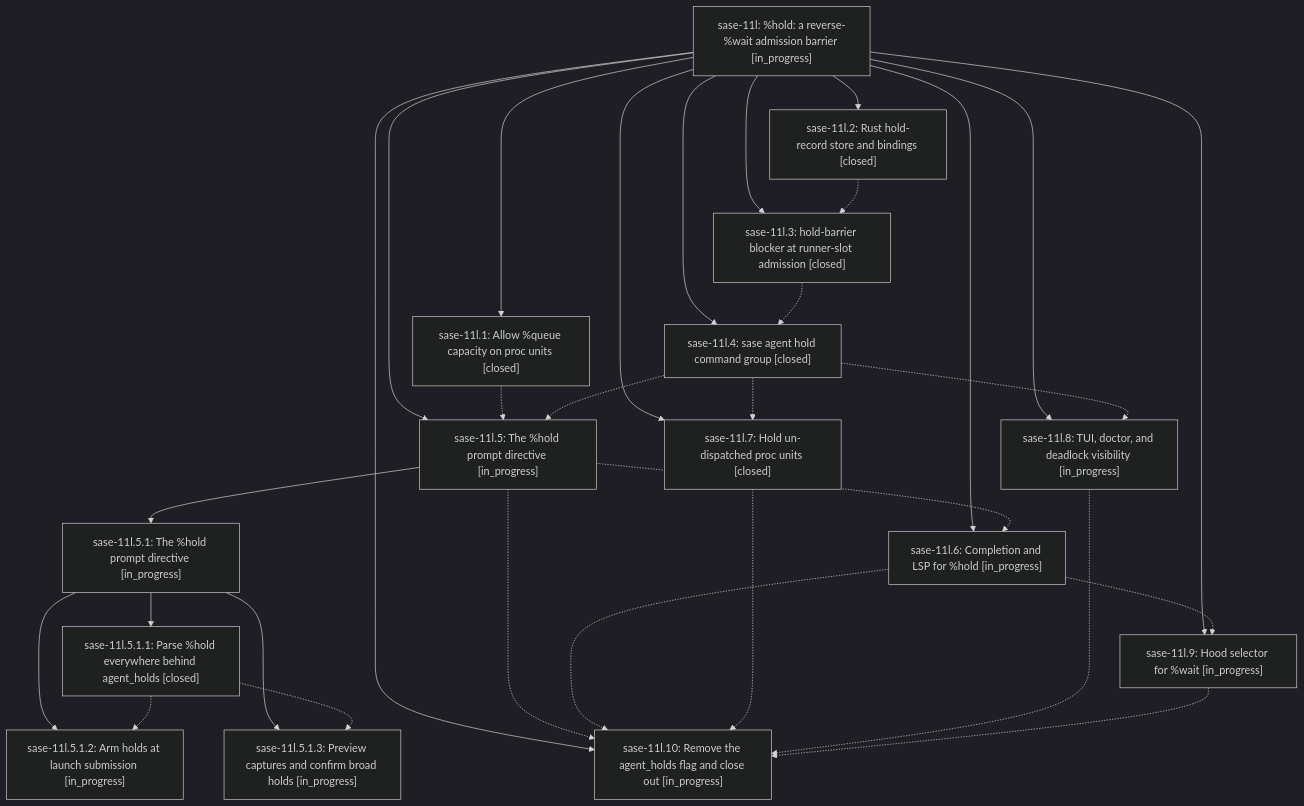
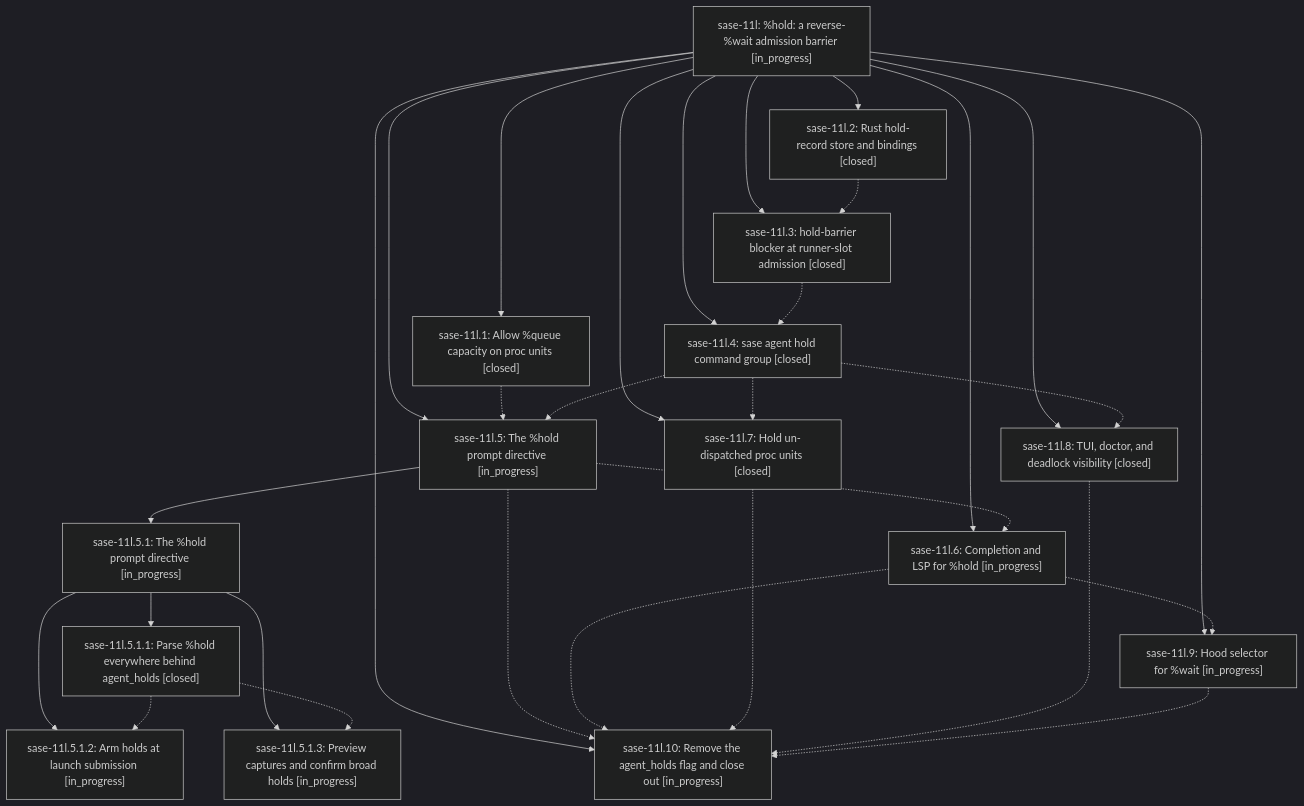
One commit to sase-org/sase--beads changed the diagram in pages/sase-11l/README.md. Above: the diagram before and after it, drawn with Mermaid (dark theme). The commit also changed other lines of this file and 3 other files, not shown here.

````diff
--- a/pages/sase-11l/README.md
+++ b/pages/sase-11l/README.md
@@ -43,47 +43,47 @@
 ```mermaid
 flowchart TD
     n0["sase-11l: %hold: a reverse-%wait admission barrier [in_progress]"]
     n1["sase-11l.1: Allow %queue capacity on proc units [closed]"]
     n2["sase-11l.10: Remove the agent_holds flag and close out [in_progress]"]
     n3["sase-11l.2: Rust hold-record store and bindings [closed]"]
     n4["sase-11l.3: hold-barrier blocker at runner-slot admission [closed]"]
     n5["sase-11l.4: sase agent hold command group [closed]"]
     n6["sase-11l.5: The %hold prompt directive [in_progress]"]
     n7["sase-11l.5.1: The %hold prompt directive [in_progress]"]
     n8["sase-11l.5.1.1: Parse %hold everywhere behind agent_holds [closed]"]
     n9["sase-11l.5.1.2: Arm holds at launch submission [in_progress]"]
     n10["sase-11l.5.1.3: Preview captures and confirm broad holds [in_progress]"]
     n11["sase-11l.6: Completion and LSP for %hold [in_progress]"]
     n12["sase-11l.7: Hold un-dispatched proc units [closed]"]
-    n13["sase-11l.8: TUI, doctor, and deadlock visibility [in_progress]"]
+    n13["sase-11l.8: TUI, doctor, and deadlock visibility [closed]"]
     n14["sase-11l.9: Hood selector for %wait [in_progress]"]
     n0 --> n1
     n0 --> n2
     n0 --> n3
     n0 --> n4
     n0 --> n5
     n0 --> n6
     n6 --> n7
     n7 --> n8
     n7 --> n9
     n7 --> n10
     n0 --> n11
     n0 --> n12
     n0 --> n13
     n0 --> n14
     n1 -.-> n6
     n3 -.-> n4
     n4 -.-> n5
     n5 -.-> n6
     n5 -.-> n12
     n5 -.-> n13
     n6 -.-> n2
     n6 -.-> n11
     n8 -.-> n9
     n8 -.-> n10
     n11 -.-> n2
     n11 -.-> n14
     n12 -.-> n2
     n13 -.-> n2
     n14 -.-> n2
 ```
````
